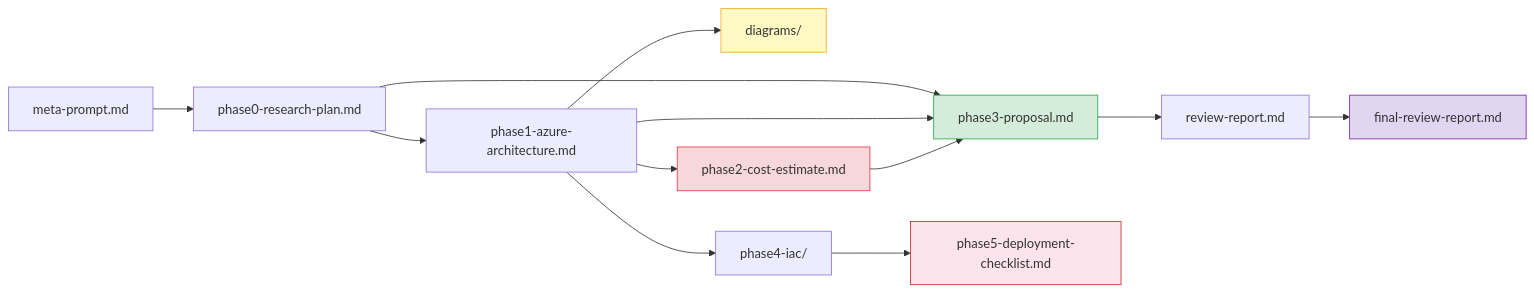
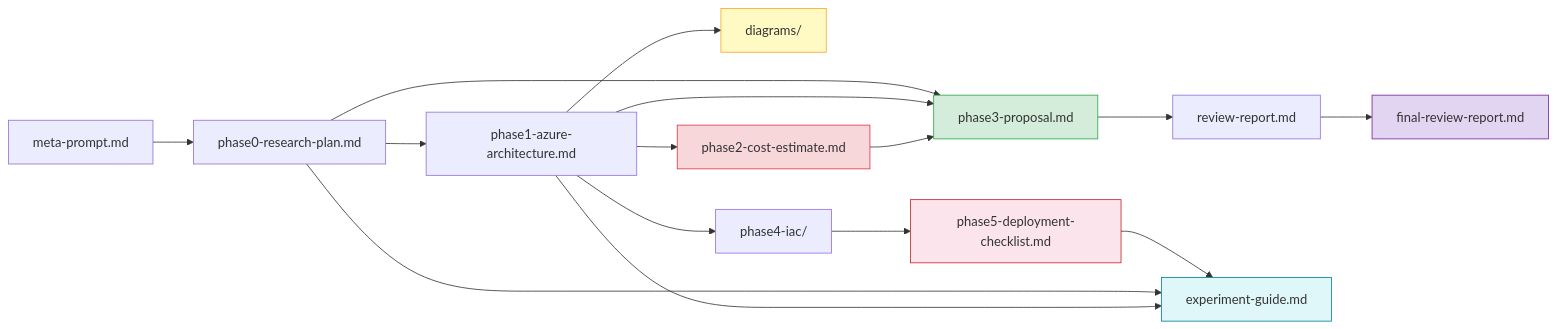
Before and after one commit to nahisaho/spread1000-builder: the second of 2 diagrams in docs/pipeline-guide.md, drawn with Mermaid. The commit also changed other lines of this file and 7 other files, not shown here.

First line of the commit message:
feat: add spread1000-experiment-guide skill (Phase 5c)

````diff
--- a/docs/pipeline-guide.md
+++ b/docs/pipeline-guide.md
@@ -1226,20 +1289,24 @@
 ```mermaid
 graph LR
     MP[meta-prompt.md] --> RP[phase0-research-plan.md]
     RP --> AA[phase1-azure-architecture.md]
     AA --> DG[diagrams/]
     AA --> CE[phase2-cost-estimate.md]
     RP --> PW[phase3-proposal.md]
     AA --> PW
     CE --> PW
     PW --> RR[review-report.md]
     RR --> FR[final-review-report.md]
     AA --> IAC[phase4-iac/]
     IAC --> DC[phase5-deployment-checklist.md]
+    DC --> EG[experiment-guide.md]
+    RP --> EG
+    AA --> EG
     
     style CE fill:#f8d7da,stroke:#dc3545
     style PW fill:#d4edda,stroke:#28a745
     style DG fill:#fff9c4,stroke:#f9a825
     style FR fill:#e2d5f1,stroke:#7b1fa2
     style DC fill:#fce4ec,stroke:#c62828
+    style EG fill:#e0f7fa,stroke:#00838f
 ```
````
